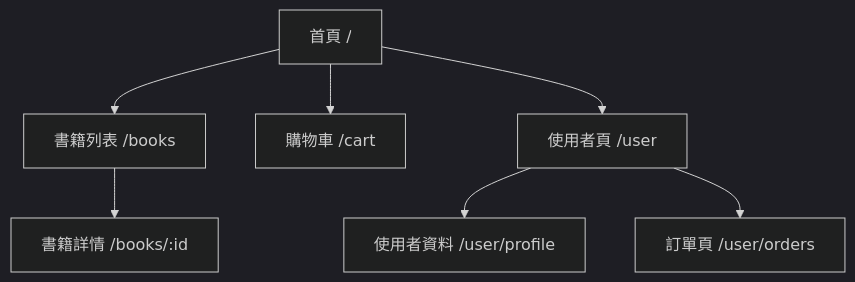
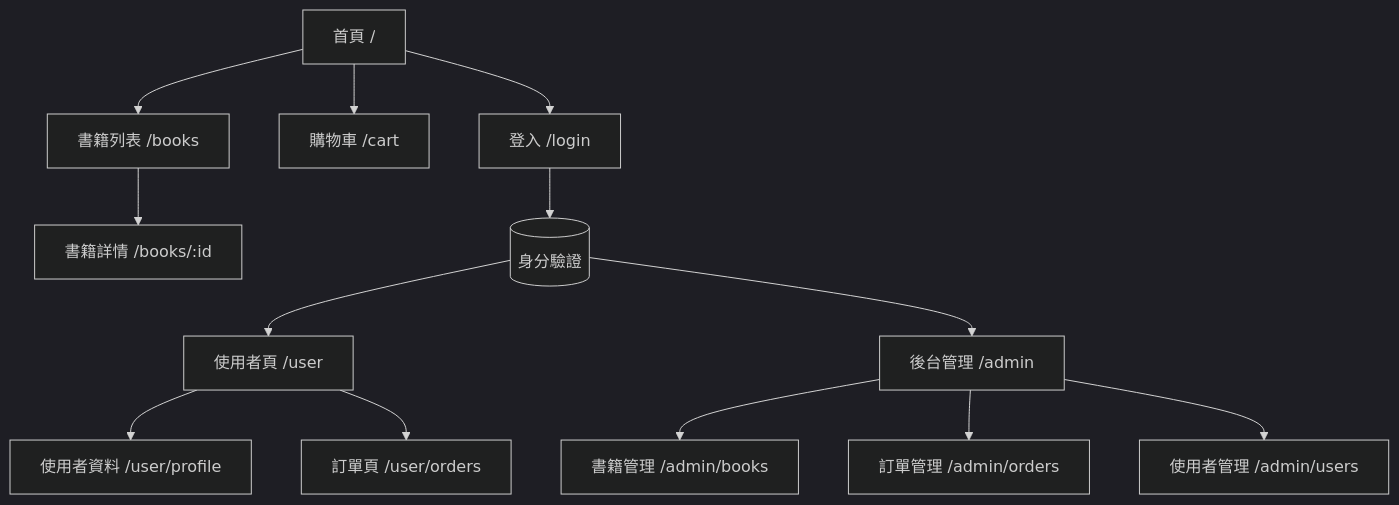
The second of 3 diagrams in README.md (Yang-012/PhpfinalProject), drawn with Mermaid (dark theme) before and after one commit. The commit also changed other lines of this file, not shown here.

````diff
--- a/README.md
+++ b/README.md
@@ -13,9 +14,13 @@
 ```mermaid
 graph TD
     A[首頁 /] --> B[書籍列表 /books]
     B --> C[書籍詳情 /books/:id]
     A --> D[購物車 /cart]
-    A --> E[使用者頁 /user]
-    E --> F[使用者資料 /user/profile]
-    E --> G[訂單頁 /user/orders]
+    A --> E[登入 /login] --> H[(身分驗證)]
+    H --> I[使用者頁 /user]
+    I --> F[使用者資料 /user/profile]
+    I --> G[訂單頁 /user/orders]
+    H --> J[後台管理 /admin] --> K[書籍管理 /admin/books]
+    J --> L[訂單管理 /admin/orders]
+    J --> M[使用者管理 /admin/users]
 ```
````
